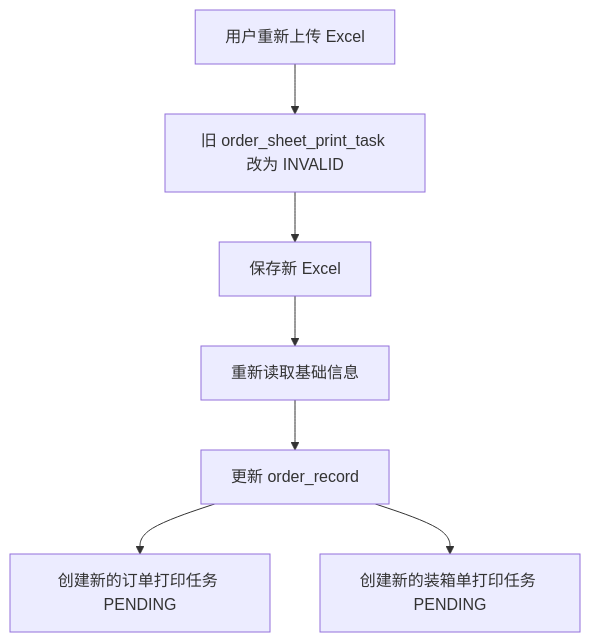
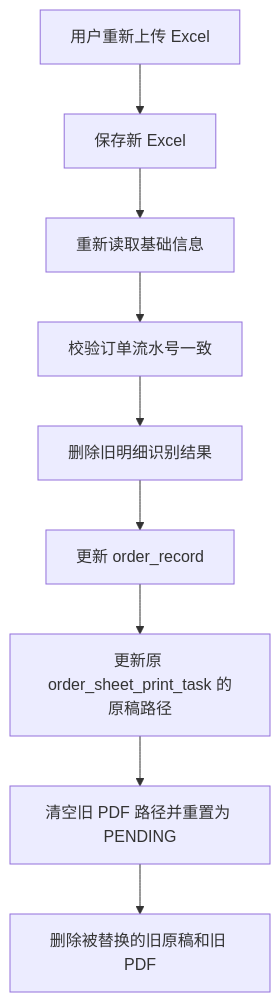
One commit to BleakWinter/shoe-factory-assistant changed the fourth of 4 diagrams in docs/打印任务与识别流程设计.md. Above: the diagram before and after it, drawn with Mermaid. The commit also changed other lines of this file and 7 other files, not shown here.

````diff
--- a/docs/打印任务与识别流程设计.md
+++ b/docs/打印任务与识别流程设计.md
@@ -263,9 +263,11 @@
 ```mermaid
 flowchart TD
-    A["用户重新上传 Excel"] --> B["旧 order_sheet_print_task 改为 INVALID"]
-    B --> C["保存新 Excel"]
-    C --> D["重新读取基础信息"]
-    D --> E["更新 order_record"]
-    E --> F["创建新的订单打印任务 PENDING"]
-    E --> G["创建新的装箱单打印任务 PENDING"]
+    A["用户重新上传 Excel"] --> B["保存新 Excel"]
+    B --> C["重新读取基础信息"]
+    C --> D["校验订单流水号一致"]
+    D --> E["删除旧明细识别结果"]
+    E --> F["更新 order_record"]
+    F --> G["更新原 order_sheet_print_task 的原稿路径"]
+    G --> H["清空旧 PDF 路径并重置为 PENDING"]
+    H --> I["删除被替换的旧原稿和旧 PDF"]
 ```
````
